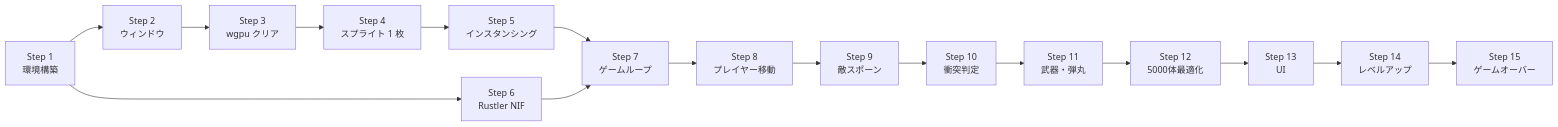
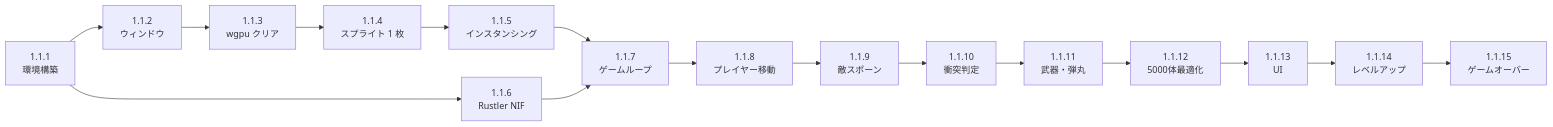
One commit to FRICK-ELDY/elixir_rust changed the diagram in docs/05_steps/STEPS_BASE.md. Above: the diagram before and after it, drawn with Mermaid. The commit also changed other lines of this file and 9 other files, not shown here.

````diff
--- a/docs/05_steps/STEPS_BASE.md
+++ b/docs/05_steps/STEPS_BASE.md
@@ -1505,18 +1507,18 @@
 ```mermaid
 flowchart LR
-    S1[Step 1\n環境構築] --> S2[Step 2\nウィンドウ]
-    S2 --> S3[Step 3\nwgpu クリア]
-    S3 --> S4[Step 4\nスプライト 1 枚]
-    S4 --> S5[Step 5\nインスタンシング]
-    S1 --> S6[Step 6\nRustler NIF]
-    S5 --> S7[Step 7\nゲームループ]
+    S1[1.1.1\n環境構築] --> S2[1.1.2\nウィンドウ]
+    S2 --> S3[1.1.3\nwgpu クリア]
+    S3 --> S4[1.1.4\nスプライト 1 枚]
+    S4 --> S5[1.1.5\nインスタンシング]
+    S1 --> S6[1.1.6\nRustler NIF]
+    S5 --> S7[1.1.7\nゲームループ]
     S6 --> S7
-    S7 --> S8[Step 8\nプレイヤー移動]
-    S8 --> S9[Step 9\n敵スポーン]
-    S9 --> S10[Step 10\n衝突判定]
-    S10 --> S11[Step 11\n武器・弾丸]
-    S11 --> S12[Step 12\n5000体最適化]
-    S12 --> S13[Step 13\nUI]
-    S13 --> S14[Step 14\nレベルアップ]
-    S14 --> S15[Step 15\nゲームオーバー]
+    S7 --> S8[1.1.8\nプレイヤー移動]
+    S8 --> S9[1.1.9\n敵スポーン]
+    S9 --> S10[1.1.10\n衝突判定]
+    S10 --> S11[1.1.11\n武器・弾丸]
+    S11 --> S12[1.1.12\n5000体最適化]
+    S12 --> S13[1.1.13\nUI]
+    S13 --> S14[1.1.14\nレベルアップ]
+    S14 --> S15[1.1.15\nゲームオーバー]
 ```
````
